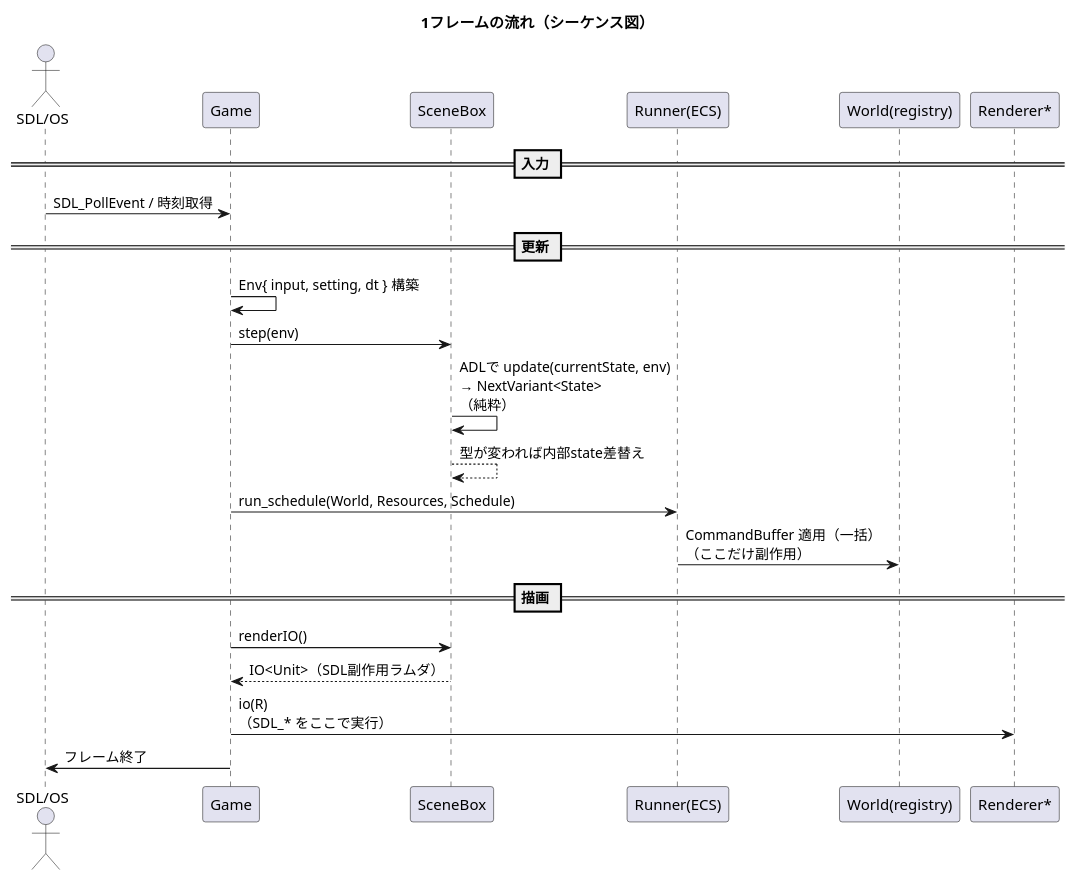
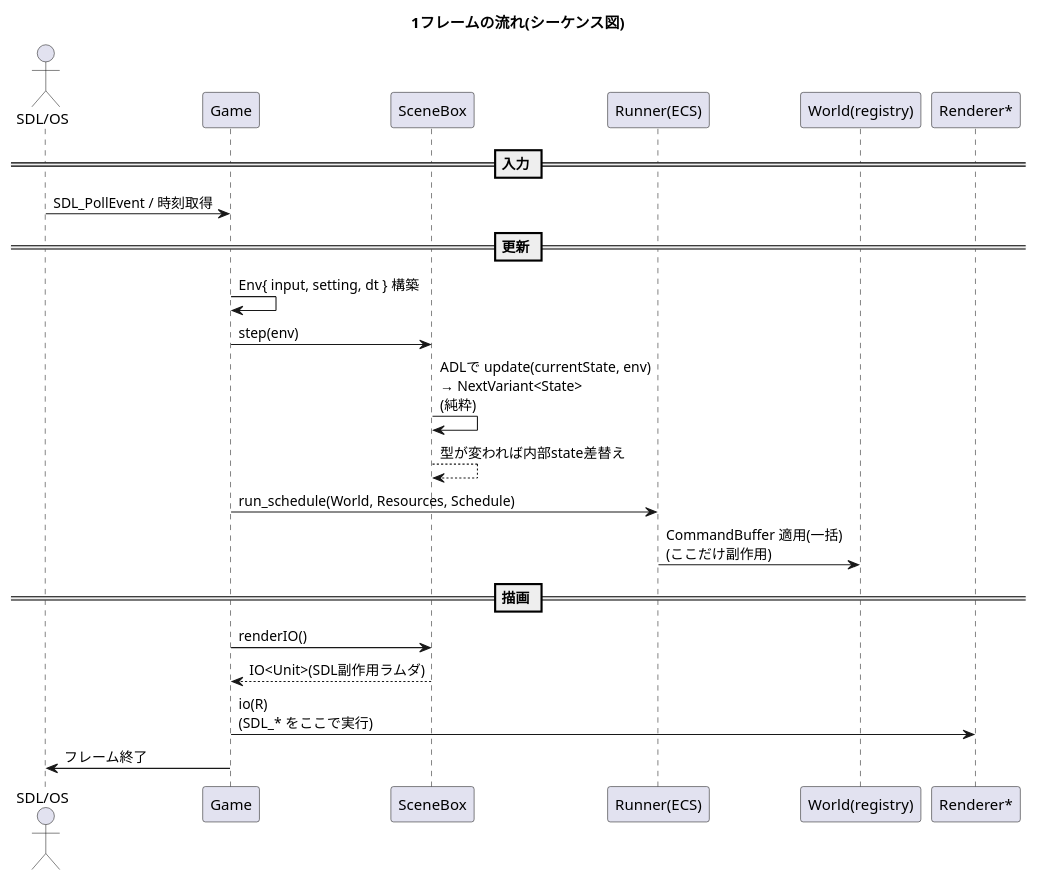
Before and after one commit to paseri3739/WASM_tetris_cpp20: the diagram in sequence.plantuml, drawn with PlantUML. The commit also changed 14 other files, not shown here.

```diff
--- a/sequence.plantuml
+++ b/sequence.plantuml
@@ -1,28 +1,28 @@
 @startuml
-title 1フレームの流れ（シーケンス図）
+title 1フレームの流れ(シーケンス図)
 
 actor "SDL/OS" as OS
 participant Game
 participant "SceneBox" as Box
 participant "Runner(ECS)" as Runner
 participant "World(registry)" as World
 participant "Renderer*" as R
 
 == 入力 ==
 OS -> Game : SDL_PollEvent / 時刻取得
 
 == 更新 ==
 Game -> Game : Env{ input, setting, dt } 構築
 Game -> Box : step(env)
-Box -> Box : ADLで update(currentState, env)\n→ NextVariant<State>\n（純粋）
+Box -> Box : ADLで update(currentState, env)\n→ NextVariant<State>\n(純粋)
 Box --> Box : 型が変われば内部state差替え
 Game -> Runner : run_schedule(World, Resources, Schedule)
-Runner -> World : CommandBuffer 適用（一括）\n（ここだけ副作用）
+Runner -> World : CommandBuffer 適用(一括)\n(ここだけ副作用)
 
 == 描画 ==
 Game -> Box : renderIO()
-Box --> Game : IO<Unit>（SDL副作用ラムダ）
-Game -> R : io(R)\n（SDL_* をここで実行）
+Box --> Game : IO<Unit>(SDL副作用ラムダ)
+Game -> R : io(R)\n(SDL_* をここで実行)
 Game -> OS : フレーム終了
 
 @enduml
```
